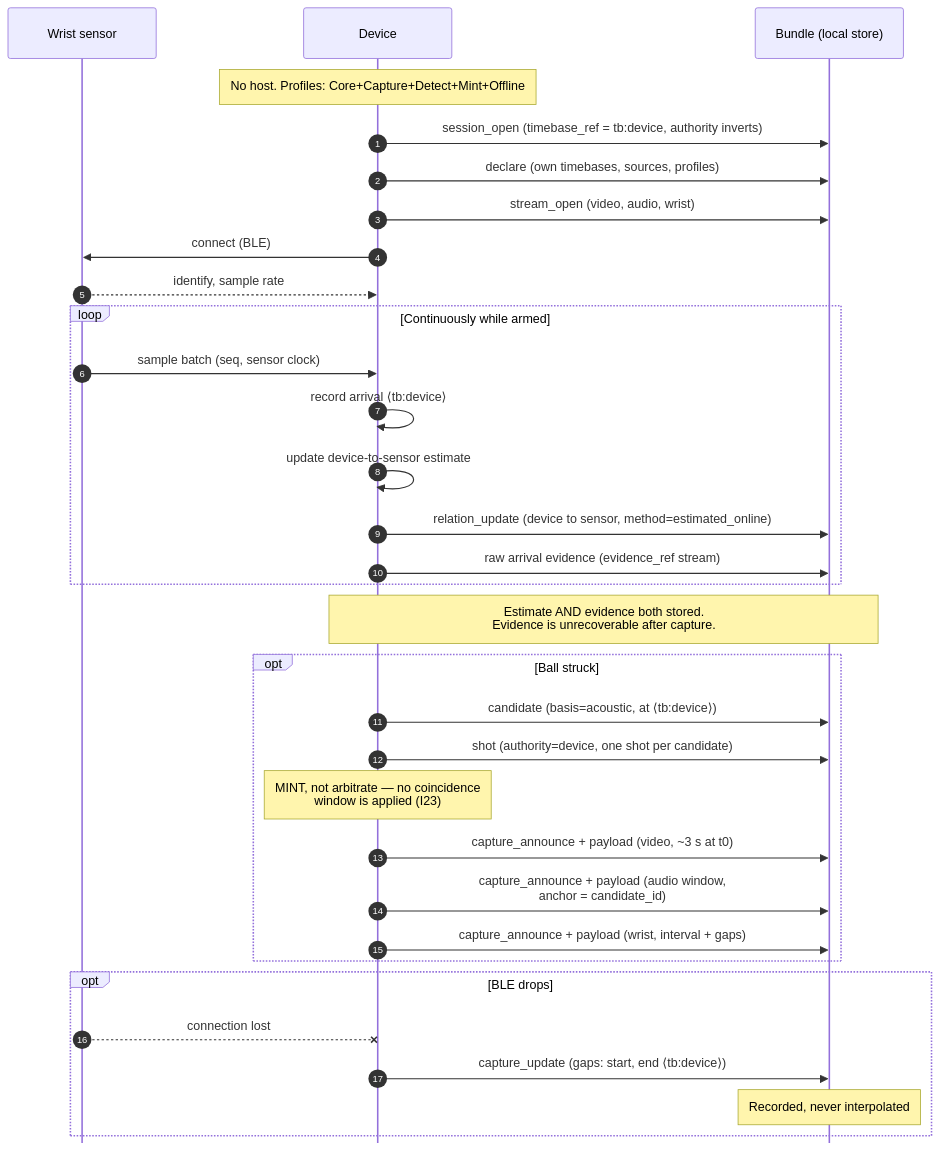
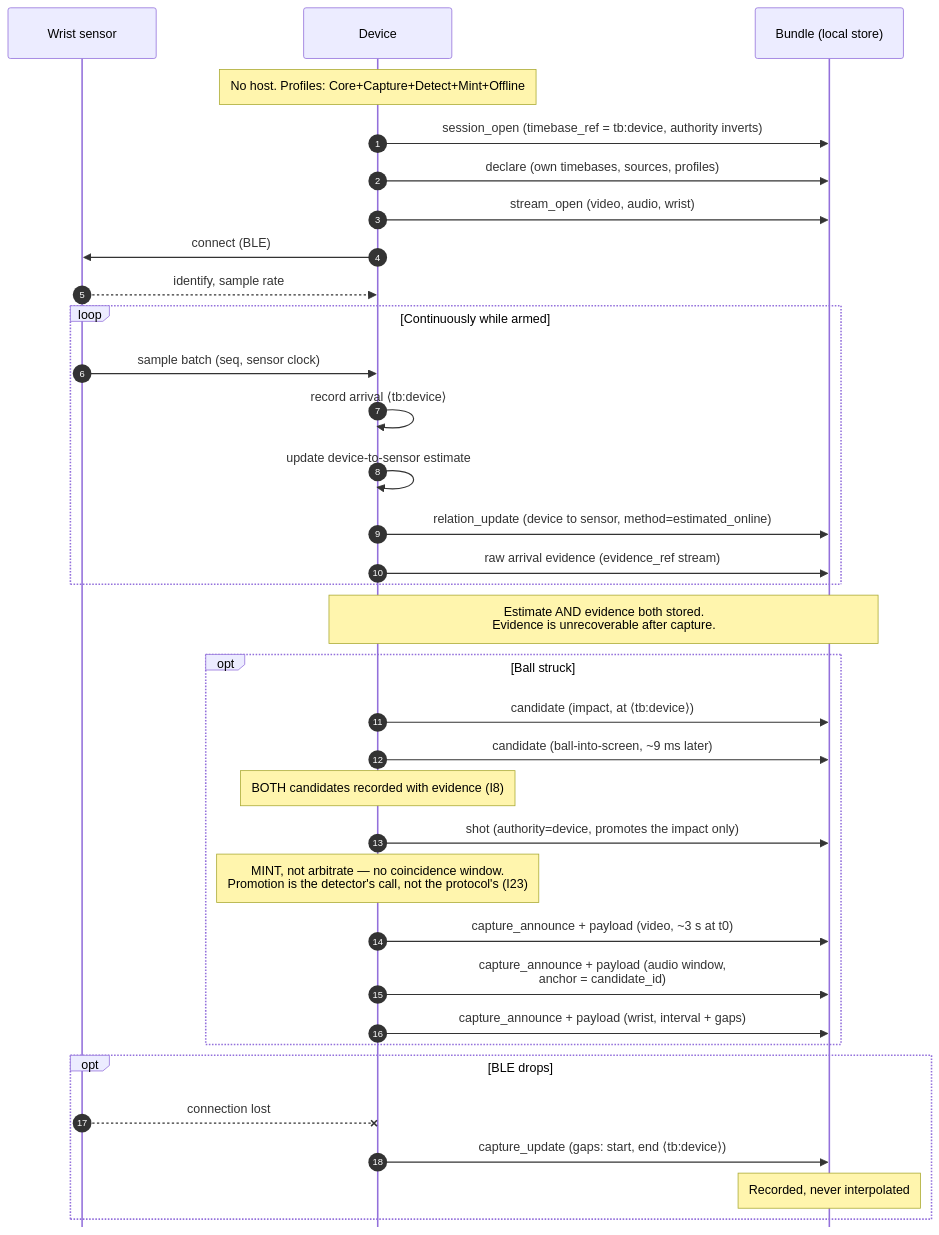
One commit to PinPoint-Golf/libppcp changed the sixth of 9 diagrams in docs/specification/ppcp-messages.md. Above: the diagram before and after it, drawn with Mermaid. The commit also changed other lines of this file and 9 other files, not shown here.

````diff
--- a/docs/specification/ppcp-messages.md
+++ b/docs/specification/ppcp-messages.md
@@ -868,42 +888,44 @@
 ```mermaid
 %%{init: {'theme':'default','themeVariables':{'fontSize':'17px','actorFontSize':'17px','messageFontSize':'16px','noteFontSize':'15px'},'sequence':{'useMaxWidth':false,'actorMargin':125,'width':190,'boxMargin':14,'noteMargin':14,'messageMargin':45,'mirrorActors':false,'wrap':false}}}%%
 sequenceDiagram
     autonumber
     participant W as Wrist sensor
     participant D as Device
     participant S as Bundle (local store)
 
     Note over D: No host. Profiles: Core+Capture+Detect+Mint+Offline
 
     D->>S: session_open (timebase_ref = tb:device, authority inverts)
     D->>S: declare (own timebases, sources, profiles)
     D->>S: stream_open (video, audio, wrist)
 
     D->>W: connect (BLE)
     W-->>D: identify, sample rate
 
     loop Continuously while armed
         W->>D: sample batch (seq, sensor clock)
         D->>D: record arrival ⟨tb:device⟩
         D->>D: update device-to-sensor estimate
         D->>S: relation_update (device to sensor, method=estimated_online)
         D->>S: raw arrival evidence (evidence_ref stream)
     end
 
     Note over D,S: Estimate AND evidence both stored.<br/>Evidence is unrecoverable after capture.
 
     opt Ball struck
-        D->>S: candidate (basis=acoustic, at ⟨tb:device⟩)
-        D->>S: shot (authority=device, one shot per candidate)
-        Note over D: MINT, not arbitrate — no coincidence<br/>window is applied (I23)
+        D->>S: candidate (impact, at ⟨tb:device⟩)
+        D->>S: candidate (ball-into-screen, ~9 ms later)
+        Note over D: BOTH candidates recorded with evidence (I8)
+        D->>S: shot (authority=device, promotes the impact only)
+        Note over D: MINT, not arbitrate — no coincidence window.<br/>Promotion is the detector's call, not the protocol's (I23)
         D->>S: capture_announce + payload (video, ~3 s at t0)
         D->>S: capture_announce + payload (audio window,<br/>anchor = candidate_id)
         D->>S: capture_announce + payload (wrist, interval + gaps)
     end
 
     opt BLE drops
         W--xD: connection lost
         D->>S: capture_update (gaps: start, end ⟨tb:device⟩)
         Note over S: Recorded, never interpolated
     end
 ```
````
